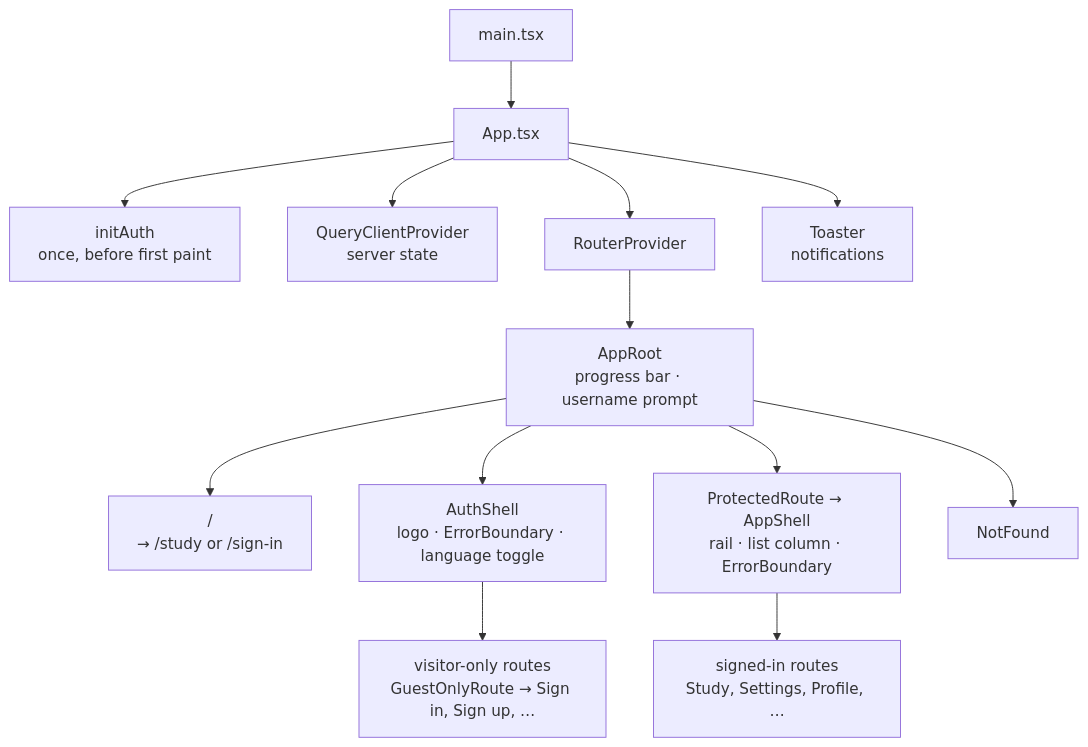
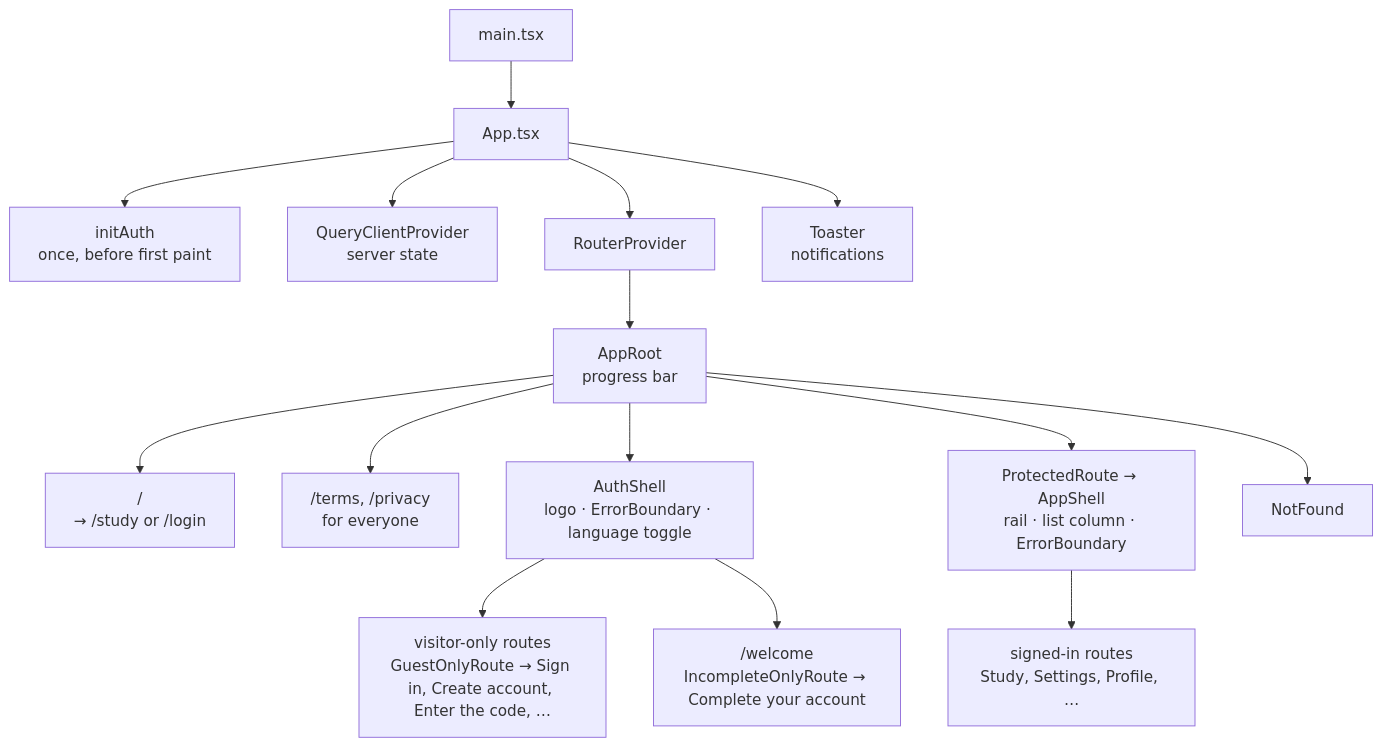
The first of 4 diagrams in OVERVIEW.md (StoriuSs/NezFocus-Frontend), drawn with Mermaid before and after one commit. The commit also changed other lines of this file and 124 other files, not shown here.

First line of the commit message:
feat(auth): create account with an emailed code and complete it (L8)

````diff
--- a/OVERVIEW.md
+++ b/OVERVIEW.md
@@ -83,17 +83,19 @@
 ```mermaid
 flowchart TB
     Main["main.tsx"] --> App["App.tsx"]
 
     App --> Init["initAuth<br/>once, before first paint"]
     App --> QP["QueryClientProvider<br/>server state"]
     App --> RP["RouterProvider"]
     App --> Toast["Toaster<br/>notifications"]
 
-    RP --> Root["AppRoot<br/>progress bar · username prompt"]
-    Root --> Home["/<br/>→ /study or /sign-in"]
+    RP --> Root["AppRoot<br/>progress bar"]
+    Root --> Home["/<br/>→ /study or /login"]
+    Root --> Legal["/terms, /privacy<br/>for everyone"]
     Root --> Auth["AuthShell<br/>logo · ErrorBoundary · language toggle"]
-    Auth --> Guest["visitor-only routes<br/>GuestOnlyRoute → Sign in, Sign up, …"]
+    Auth --> Guest["visitor-only routes<br/>GuestOnlyRoute → Sign in, Create account, Enter the code, …"]
+    Auth --> Welcome["/welcome<br/>IncompleteOnlyRoute → Complete your account"]
     Root --> Shell["ProtectedRoute → AppShell<br/>rail · list column · ErrorBoundary"]
     Shell --> Guarded["signed-in routes<br/>Study, Settings, Profile, …"]
     Root --> NF["NotFound"]
 ```
````
